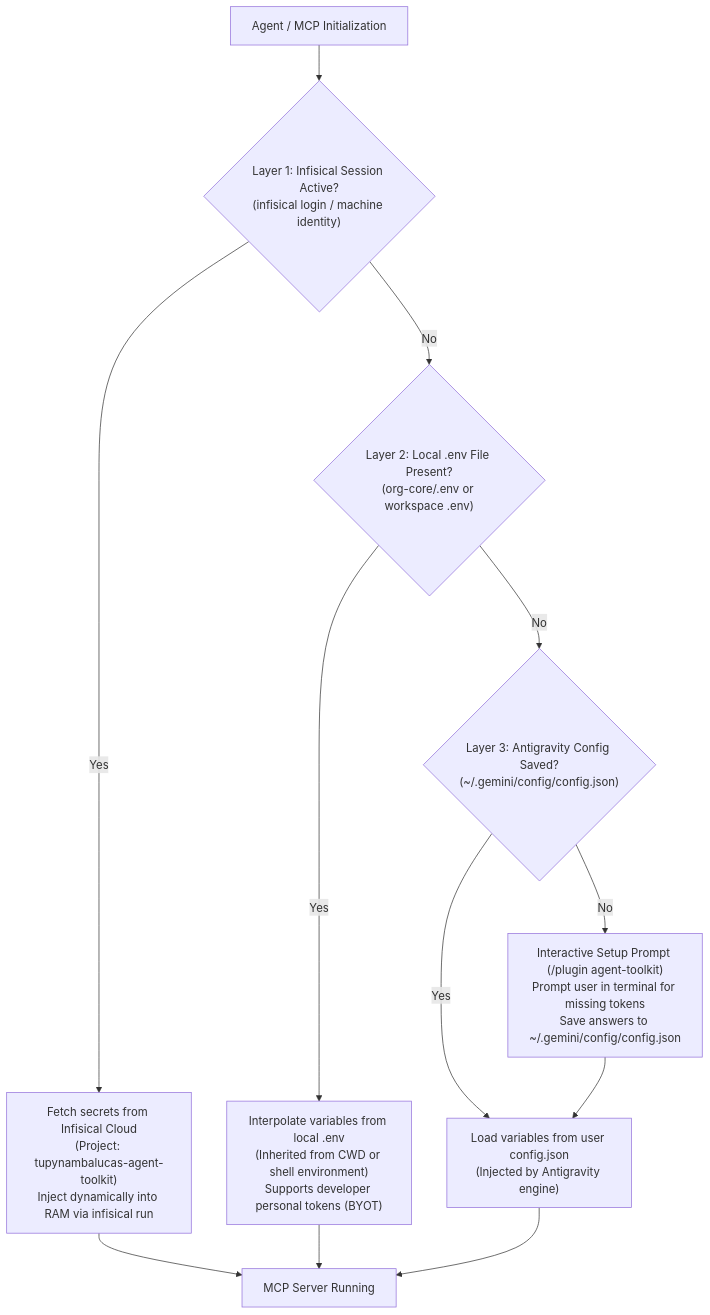
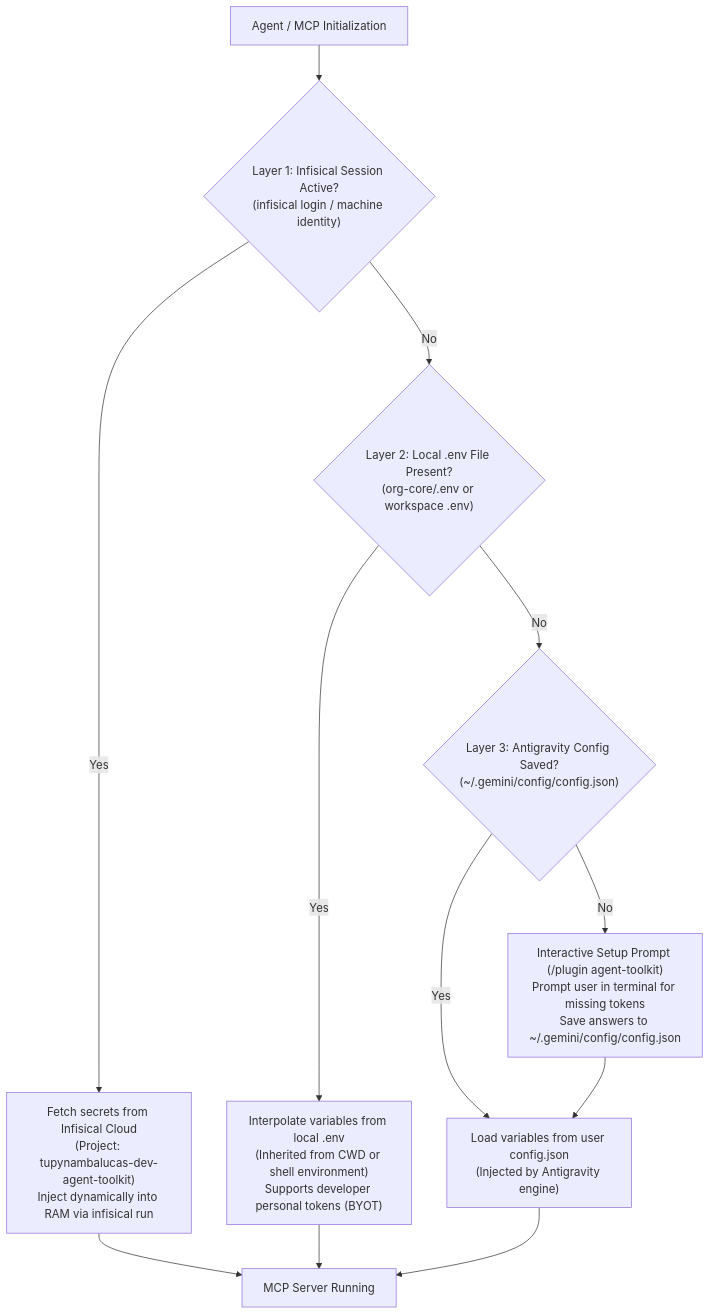
One commit to tupynambalucas-dev/.github changed the first of 2 diagrams in .agents/plans/infisical-secret-governance-and-multi-layer-fallback.md. Above: the diagram before and after it, drawn with Mermaid. The commit also changed other lines of this file and 1 other file, not shown here.

Commit message:
fix(plans): align corporate project slugs with tupynambalucas-dev organization prefix

````diff
--- a/.agents/plans/infisical-secret-governance-and-multi-layer-fallback.md
+++ b/.agents/plans/infisical-secret-governance-and-multi-layer-fallback.md
@@ -20,20 +20,20 @@
 ```mermaid
 flowchart TD
   Start["Agent / MCP Initialization"] --> CheckInfisical{"Layer 1: Infisical Session Active?<br/>(infisical login / machine identity)"}
   
-  CheckInfisical -- Yes --> InjectInfisical["Fetch secrets from Infisical Cloud<br/>(Project: tupynambalucas-agent-toolkit)<br/>Inject dynamically into RAM via infisical run"]
+  CheckInfisical -- Yes --> InjectInfisical["Fetch secrets from Infisical Cloud<br/>(Project: tupynambalucas-dev-agent-toolkit)<br/>Inject dynamically into RAM via infisical run"]
   InjectInfisical --> Ready["MCP Server Running"]
 
   CheckInfisical -- No --> CheckEnvFile{"Layer 2: Local .env File Present?<br/>(org-core/.env or workspace .env)"}
   
   CheckEnvFile -- Yes --> InjectEnvFile["Interpolate variables from local .env<br/>(Inherited from CWD or shell environment)<br/>Supports developer personal tokens (BYOT)"]
   InjectEnvFile --> Ready
 
   CheckEnvFile -- No --> CheckAgyConfig{"Layer 3: Antigravity Config Saved?<br/>(~/.gemini/config/config.json)"}
   
   CheckAgyConfig -- Yes --> InjectAgyConfig["Load variables from user config.json<br/>(Injected by Antigravity engine)"]
   InjectAgyConfig --> Ready
 
   CheckAgyConfig -- No --> PromptUser["Interactive Setup Prompt (/plugin agent-toolkit)<br/>Prompt user in terminal for missing tokens<br/>Save answers to ~/.gemini/config/config.json"]
   PromptUser --> InjectAgyConfig
 ```
````
